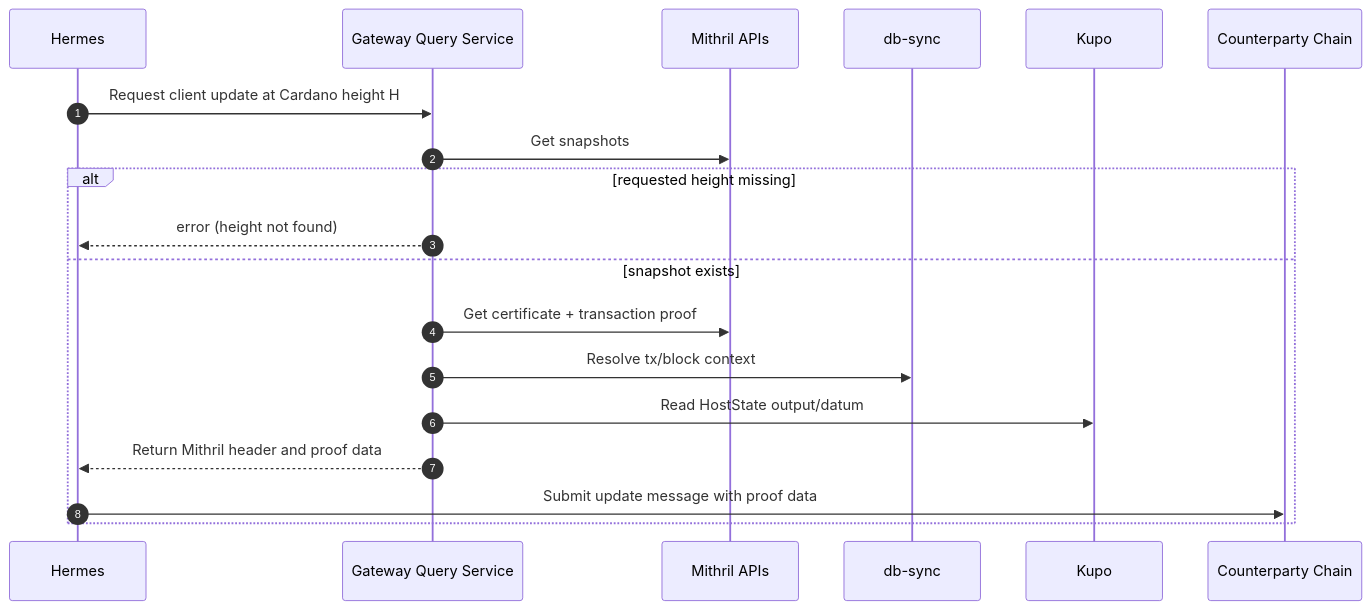
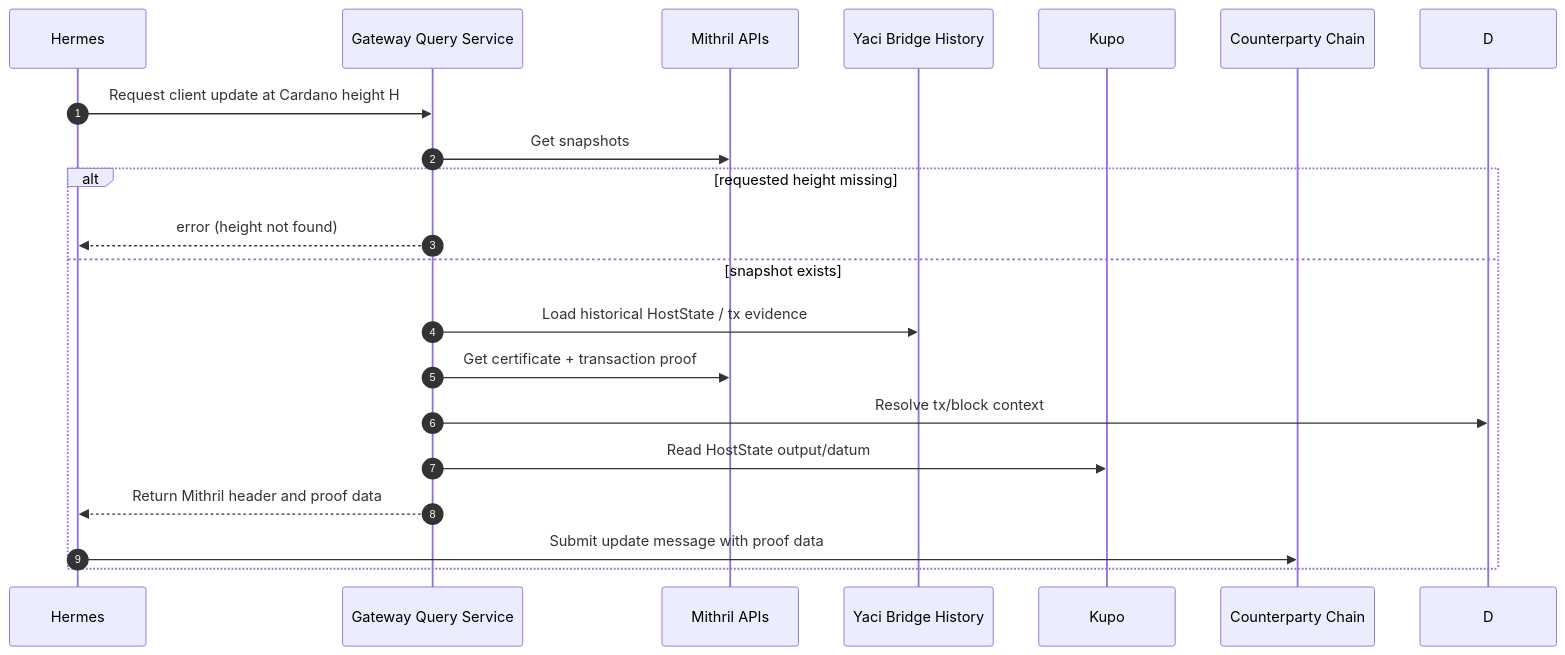
Before and after one commit to cardano-foundation/cardano-ibc-incubator: the diagram in docs/mithril-light-client.md, drawn with Mermaid. The commit also changed 18 other files, not shown here.

````diff
--- a/docs/mithril-light-client.md
+++ b/docs/mithril-light-client.md
@@ -51,22 +51,23 @@
 ```mermaid
 sequenceDiagram
   autonumber
   participant H as Hermes
   participant Q as Gateway Query Service
   participant M as Mithril APIs
-  participant D as db-sync
+  participant Y as Yaci Bridge History
   participant K as Kupo
   participant C as Counterparty Chain
 
   H->>Q: Request client update at Cardano height H
-  Q->>M: Get snapshots
-  alt requested height missing
-    Q-->>H: error (height not found)
-  else snapshot exists
+    Q->>M: Get snapshots
+    alt requested height missing
+      Q-->>H: error (height not found)
+    else snapshot exists
+      Q->>Y: Load historical HostState / tx evidence
     Q->>M: Get certificate + transaction proof
     Q->>D: Resolve tx/block context
     Q->>K: Read HostState output/datum
     Q-->>H: Return Mithril header and proof data
     H->>C: Submit update message with proof data
   end
 ```
````
